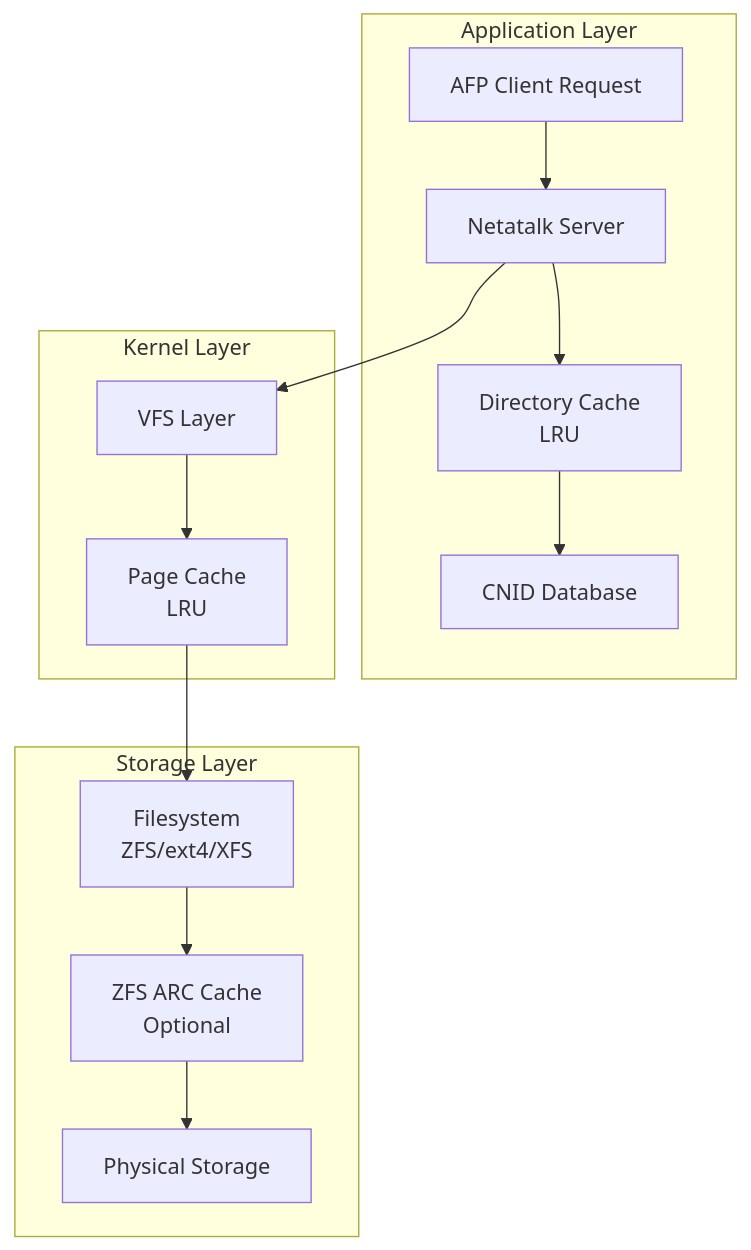
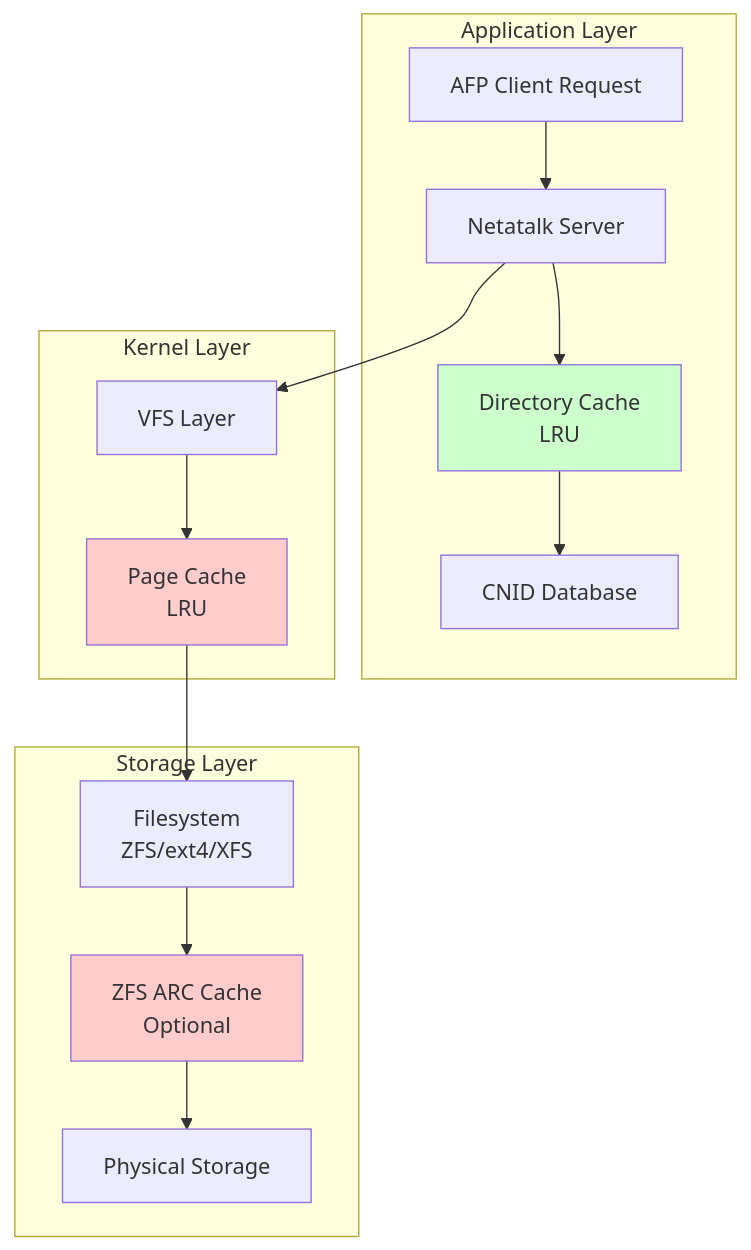
Before and after one commit to Netatalk/netatalk: the first of 8 diagrams in doc/developer/dircache.md, drawn with Mermaid. The commit also changed other lines of this file and 9 other files, not shown here.

First line of the commit message:
doc: transition to native Doxygen mermaid diagrams

````diff
--- a/doc/developer/dircache.md
+++ b/doc/developer/dircache.md
@@ -18,33 +18,33 @@
 ```mermaid
 graph TB
     subgraph "Application Layer"
         AFP[AFP Client Request]
         NT[Netatalk Server]
         DC[Directory Cache<br/>LRU]
         CNID[CNID Database]
     end
     
     subgraph "Kernel Layer"
         PC[Page Cache<br/>LRU]
         VFS[VFS Layer]
     end
     
     subgraph "Storage Layer"
         FS[Filesystem<br/>ZFS/ext4/XFS]
         ARC[ZFS ARC Cache<br/>Optional]
         DISK[Physical Storage]
     end
     
     AFP --> NT
     NT --> DC
     DC --> CNID
     NT --> VFS
     VFS --> PC
     PC --> FS
     FS --> ARC
     ARC --> DISK
     
-    style PC fill:\#ffcccc
-    style DC fill:\#ccffcc
-    style ARC fill:\#ffcccc
+    style PC fill:#ffcccc
+    style DC fill:#ccffcc
+    style ARC fill:#ffcccc
 ```
````
